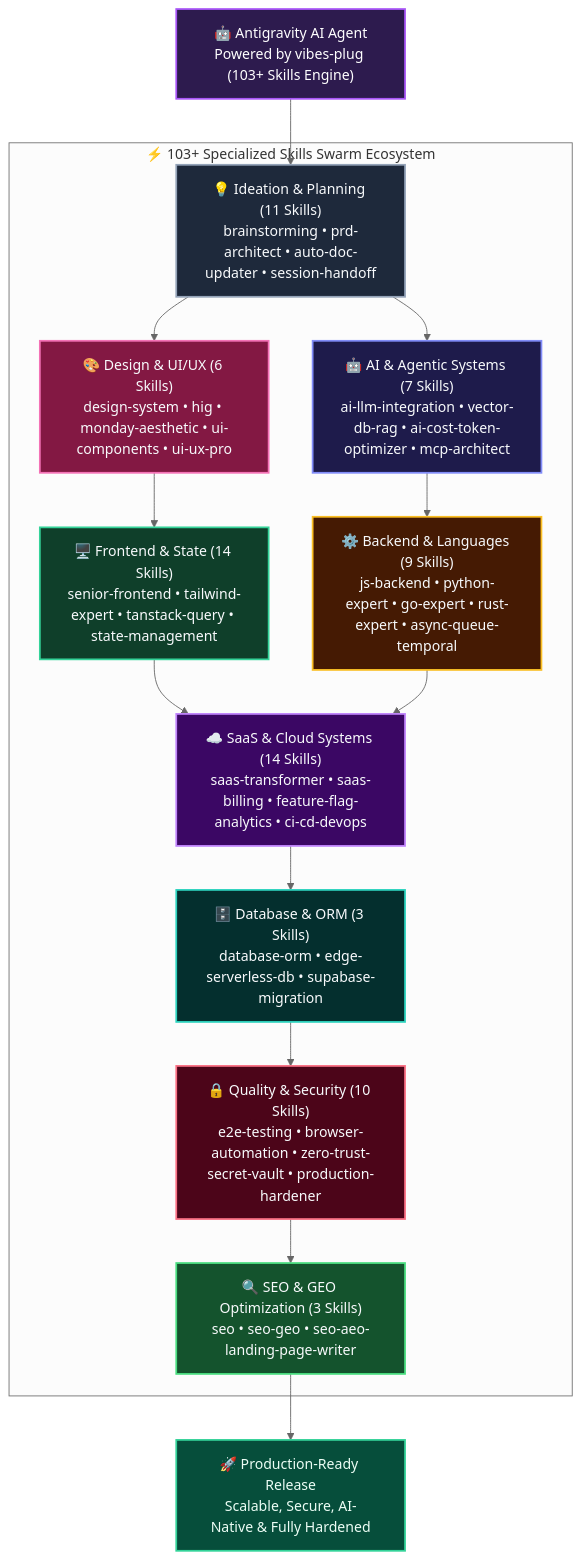
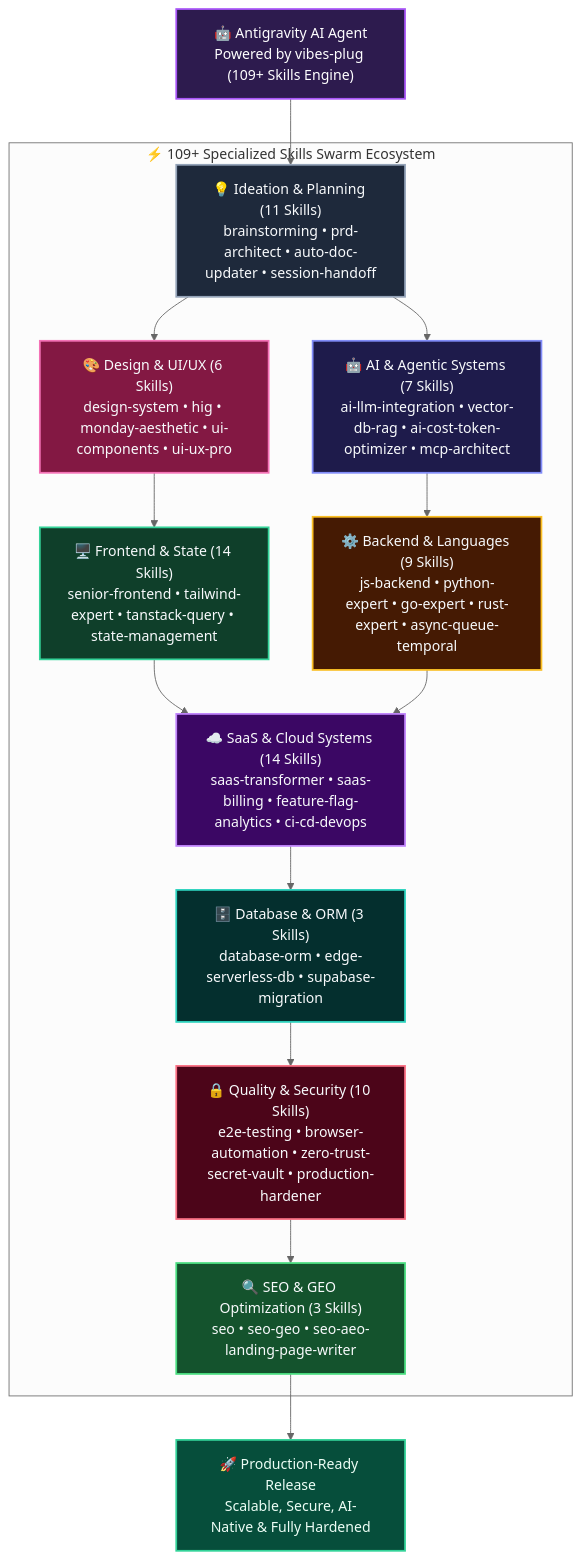
Before and after one commit to roedyrustam/vibes-plug: the diagram in README.md, drawn with Mermaid (neutral theme). The commit also changed other lines of this file and 7 other files, not shown here.

````diff
--- a/README.md
+++ b/README.md
@@ -14,54 +14,54 @@
 ```mermaid
 graph TD
-    AGY["🤖 Antigravity AI Agent<br/>Powered by vibes-plug (103+ Skills Engine)"]
+    AGY["🤖 Antigravity AI Agent<br/>Powered by vibes-plug (109+ Skills Engine)"]
 
-    subgraph SWARM["⚡ 103+ Specialized Skills Swarm Ecosystem"]
+    subgraph SWARM["⚡ 109+ Specialized Skills Swarm Ecosystem"]
         D9["💡 Ideation & Planning (11 Skills)<br/>brainstorming • prd-architect • auto-doc-updater • session-handoff"]
         D1["🤖 AI & Agentic Systems (7 Skills)<br/>ai-llm-integration • vector-db-rag • ai-cost-token-optimizer • mcp-architect"]
         D2["🎨 Design & UI/UX (6 Skills)<br/>design-system • hig • monday-aesthetic • ui-components • ui-ux-pro"]
         D3["🖥️ Frontend & State (14 Skills)<br/>senior-frontend • tailwind-expert • tanstack-query • state-management"]
         D4["⚙️ Backend & Languages (9 Skills)<br/>js-backend • python-expert • go-expert • rust-expert • async-queue-temporal"]
         D5["☁️ SaaS & Cloud Systems (14 Skills)<br/>saas-transformer • saas-billing • feature-flag-analytics • ci-cd-devops"]
         D6["🗄️ Database & ORM (3 Skills)<br/>database-orm • edge-serverless-db • supabase-migration"]
         D7["🔒 Quality & Security (10 Skills)<br/>e2e-testing • browser-automation • zero-trust-secret-vault • production-hardener"]
         D8["🔍 SEO & GEO Optimization (3 Skills)<br/>seo • seo-geo • seo-aeo-landing-page-writer"]
     end
 
     PROD["🚀 Production-Ready Release<br/>Scalable, Secure, AI-Native & Fully Hardened"]
 
     AGY --> D9
     D9 --> D1
     D9 --> D2
     D1 --> D4
     D2 --> D3
     D3 --> D5
     D4 --> D5
     D5 --> D6
     D6 --> D7
     D7 --> D8
     D8 --> PROD
 
     classDef hero fill:#2d1b4e,stroke:#a855f7,stroke-width:2px,color:#fff;
     classDef ai fill:#1e1b4b,stroke:#818cf8,stroke-width:2px,color:#f8fafc;
     classDef ui fill:#831843,stroke:#f472b6,stroke-width:2px,color:#f8fafc;
     classDef front fill:#0f3f2a,stroke:#34d399,stroke-width:2px,color:#f8fafc;
     classDef back fill:#451a03,stroke:#fbbf24,stroke-width:2px,color:#f8fafc;
     classDef saas fill:#3b0764,stroke:#c084fc,stroke-width:2px,color:#f8fafc;
     classDef db fill:#042f2e,stroke:#2dd4bf,stroke-width:2px,color:#f8fafc;
     classDef sec fill:#4c0519,stroke:#fb7185,stroke-width:2px,color:#f8fafc;
     classDef seo fill:#14532d,stroke:#4ade80,stroke-width:2px,color:#f8fafc;
     classDef util fill:#1e293b,stroke:#94a3b8,stroke-width:2px,color:#f8fafc;
     classDef target fill:#064e3b,stroke:#34d399,stroke-width:2px,color:#ecfdf5;
 
     class AGY hero;
     class D9 util;
     class D1 ai;
     class D2 ui;
     class D3 front;
     class D4 back;
     class D5 saas;
     class D6 db;
     class D7 sec;
     class D8 seo;
     class PROD target;
 ```
````
